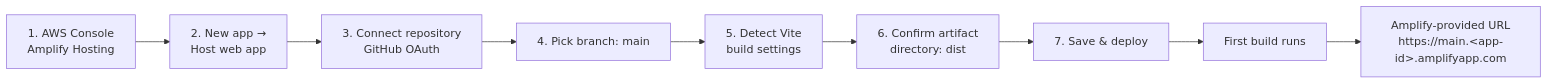
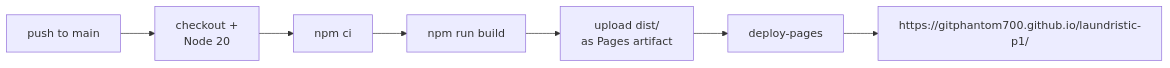
Before and after one commit to GitPhantom700/laundristic-p1: the third of 3 diagrams in docs/DEPLOYMENT.md, drawn with Mermaid. The commit also changed other lines of this file and 12 other files, not shown here.

First line of the commit message:
docs: apply review corrections — finish Amplify→Pages sweep, fix diagrams, restore USER_GUIDE screenshots

````diff
--- a/docs/DEPLOYMENT.md
+++ b/docs/DEPLOYMENT.md
@@ -91,11 +99,9 @@
 ```mermaid
 flowchart LR
-    A[1. AWS Console<br/>Amplify Hosting] --> B[2. New app →<br/>Host web app]
-    B --> C[3. Connect repository<br/>GitHub OAuth]
-    C --> D[4. Pick branch: main]
-    D --> E[5. Detect Vite<br/>build settings]
-    E --> F[6. Confirm artifact<br/>directory: dist]
-    F --> G[7. Save &amp; deploy]
-    G --> H[First build runs]
-    H --> I[Amplify-provided URL<br/>https://main.&lt;app-id&gt;.amplifyapp.com]
+    A[push to main] --> B[checkout +<br/>Node 20]
+    B --> C["npm ci"]
+    C --> D["npm run build"]
+    D --> E[upload dist/<br/>as Pages artifact]
+    E --> F[deploy-pages]
+    F --> G[https://gitphantom700.github.io/laundristic-p1/]
 ```
````
